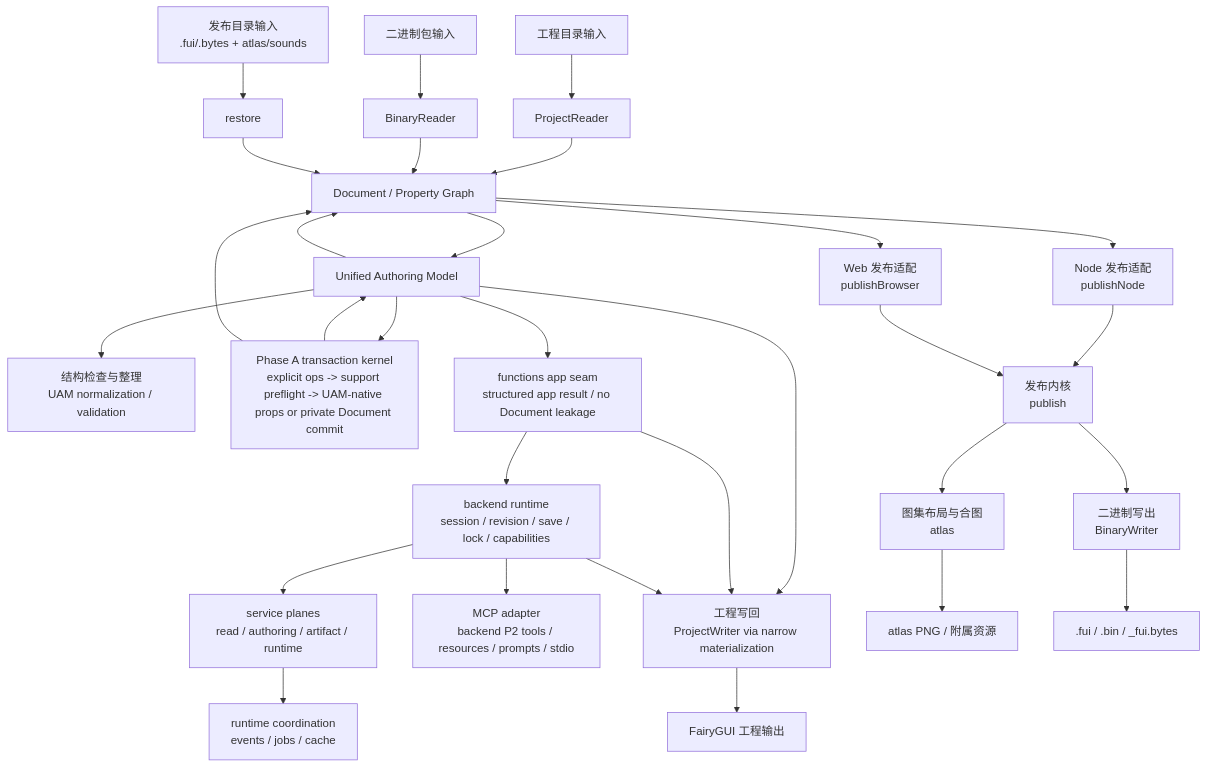
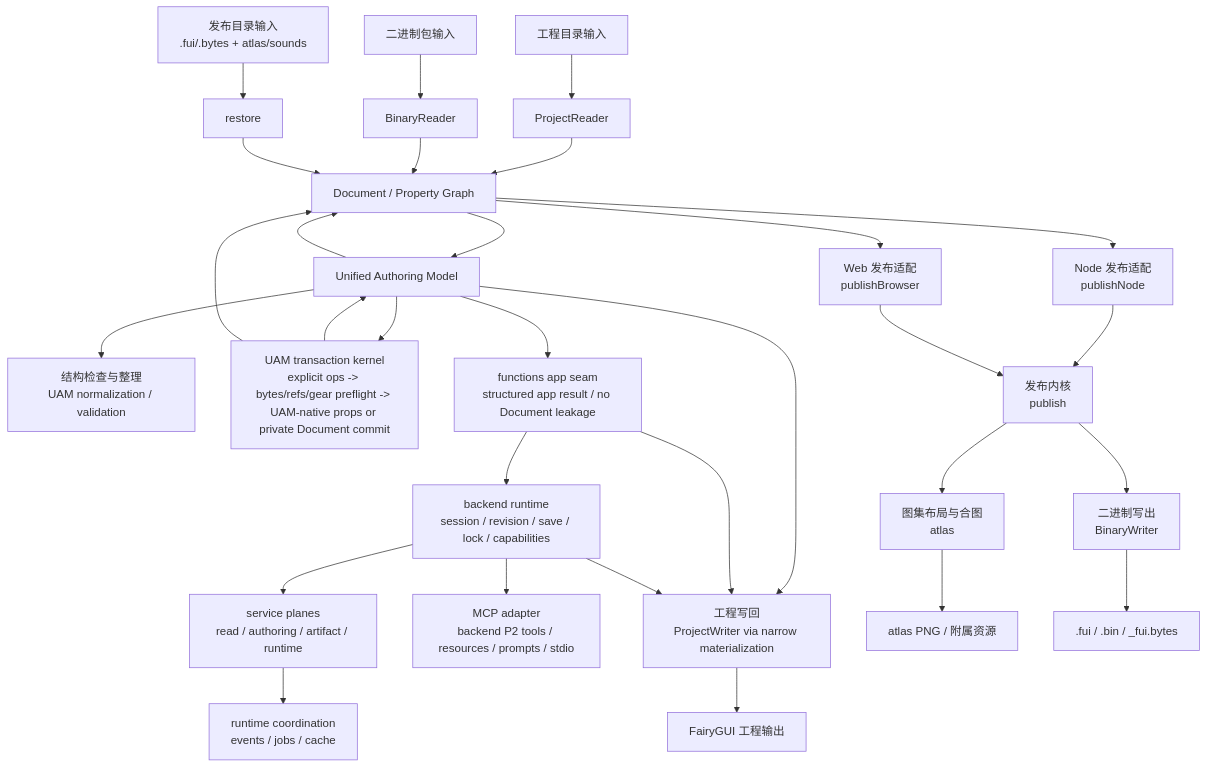
One commit to OpenFairyGUI/OpenFairyGUI changed the second of 2 diagrams in docs/architecture-overview.md. Above: the diagram before and after it, drawn with Mermaid. The commit also changed other lines of this file and 36 other files, not shown here.

````diff
--- a/docs/architecture-overview.md
+++ b/docs/architecture-overview.md
@@ -286,32 +287,32 @@
 ```mermaid
 flowchart TD
     A["工程目录输入"] --> B["ProjectReader"]
     X["二进制包输入"] --> Y["BinaryReader"]
     R["发布目录输入<br/>.fui/.bytes + atlas/sounds"] --> S["restore"]
     B --> C["Document / Property Graph"]
     Y --> C
     S --> C
     C --> U["Unified Authoring Model"]
     U --> D["结构检查与整理<br/>UAM normalization / validation"]
-    U --> T["Phase A transaction kernel<br/>explicit ops -> support preflight -> UAM-native props or private Document commit"]
+    U --> T["UAM transaction kernel<br/>explicit ops -> bytes/refs/gear preflight -> UAM-native props or private Document commit"]
     U --> A2["functions app seam<br/>structured app result / no Document leakage"]
     A2 --> B2["backend runtime<br/>session / revision / save / lock / capabilities"]
     B2 --> B3["service planes<br/>read / authoring / artifact / runtime"]
     B3 --> B4["runtime coordination<br/>events / jobs / cache"]
     B2 --> M1["MCP adapter<br/>backend P2 tools / resources / prompts / stdio"]
     T --> U
     T --> C
     U --> F["工程写回<br/>ProjectWriter via narrow materialization"]
     A2 --> F
     B2 --> F
     U --> C
     C --> EN["Node 发布适配<br/>publishNode"]
     C --> EW["Web 发布适配<br/>publishBrowser"]
     EN --> E["发布内核<br/>publish"]
     EW --> E
     E --> G["图集布局与合图<br/>atlas"]
     E --> H["二进制写出<br/>BinaryWriter"]
     F --> I["FairyGUI 工程输出"]
     G --> J["atlas PNG / 附属资源"]
     H --> K[".fui / .bin / _fui.bytes"]
 ```
````
